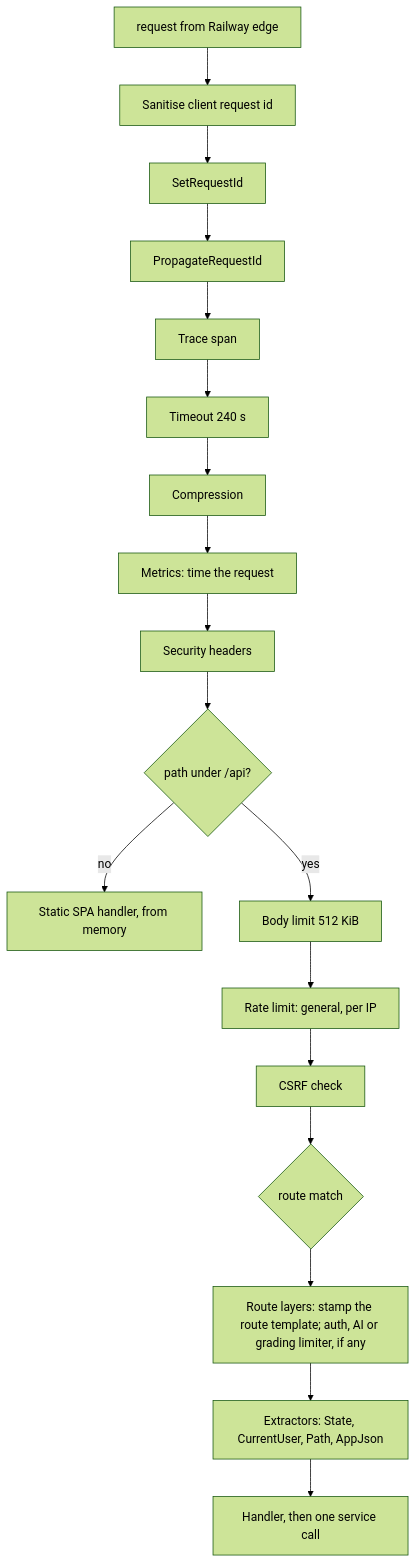
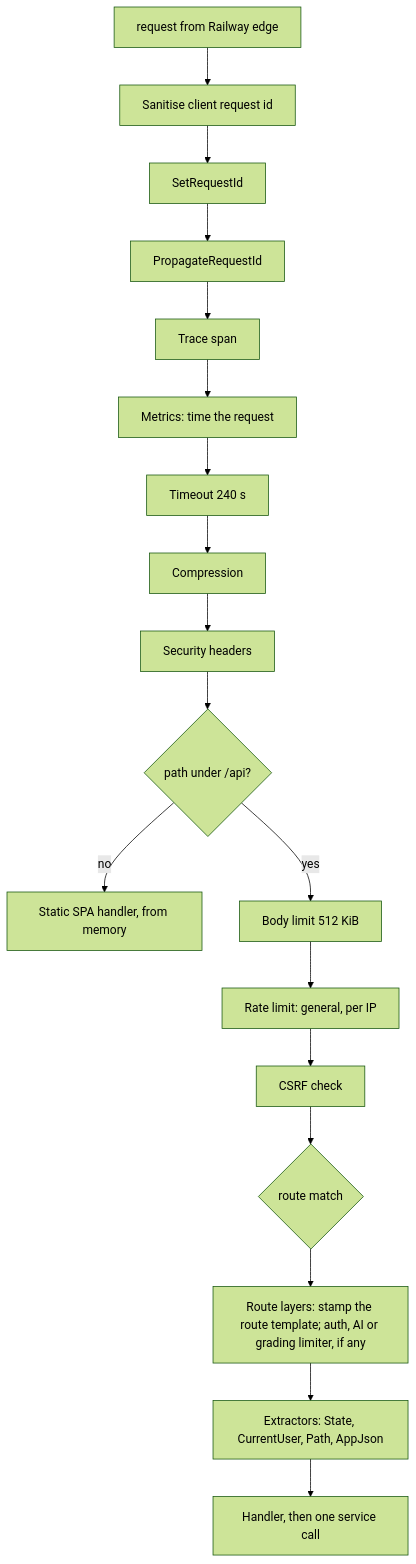
Before and after one commit to thull32/ascend: the first of 2 diagrams in content/tracks/14-case-study-ascend/01-the-system/02-anatomy-of-a-request.md, drawn with Mermaid (forest theme). The commit also changed other lines of this file and 13 other files, not shown here.

````diff
--- a/content/tracks/14-case-study-ascend/01-the-system/02-anatomy-of-a-request.md
+++ b/content/tracks/14-case-study-ascend/01-the-system/02-anatomy-of-a-request.md
@@ -86,20 +88,20 @@
 ```mermaid
 flowchart TD
   RQ["request from Railway edge"] --> SN["Sanitise client request id"]
   SN --> SR["SetRequestId"]
   SR --> PR["PropagateRequestId"]
   PR --> TR["Trace span"]
-  TR --> TO["Timeout 240 s"]
+  TR --> MR["Metrics: time the request"]
+  MR --> TO["Timeout 240 s"]
   TO --> CO["Compression"]
-  CO --> MR["Metrics: time the request"]
-  MR --> SH["Security headers"]
+  CO --> SH["Security headers"]
   SH --> P{"path under /api?"}
   P -->|no| SPA["Static SPA handler, from memory"]
   P -->|yes| BL["Body limit 512 KiB"]
   BL --> RL["Rate limit: general, per IP"]
   RL --> CS["CSRF check"]
   CS --> RT{"route match"}
   RT --> RLR["Route layers: stamp the route template; auth, AI or grading limiter, if any"]
   RLR --> EX["Extractors: State, CurrentUser, Path, AppJson"]
   EX --> H["Handler, then one service call"]
 ```
````
